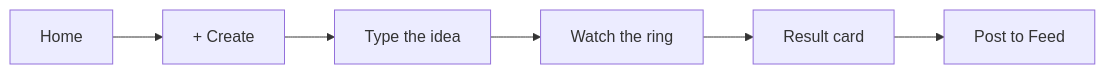
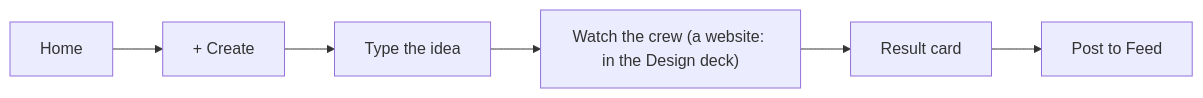
Diagram 18 of 26 in docs/ux/SITEMAP.md (Pukujan/swarm-studio), drawn with Mermaid before and after one commit. The commit also changed other lines of this file and 3 other files, not shown here.

First line of the commit message:
A website started with Make opens in the Design deck

````diff
--- a/docs/ux/SITEMAP.md
+++ b/docs/ux/SITEMAP.md
@@ -520,4 +525,4 @@
 ```mermaid
 flowchart LR
-  a0[Home] --> a1["+ Create"] --> a2[Type the idea] --> a3[Watch the ring] --> a4[Result card] --> a5[Post to Feed]
+  a0[Home] --> a1["+ Create"] --> a2[Type the idea] --> a3["Watch the crew (a website: in the Design deck)"] --> a4[Result card] --> a5[Post to Feed]
 ```
````
